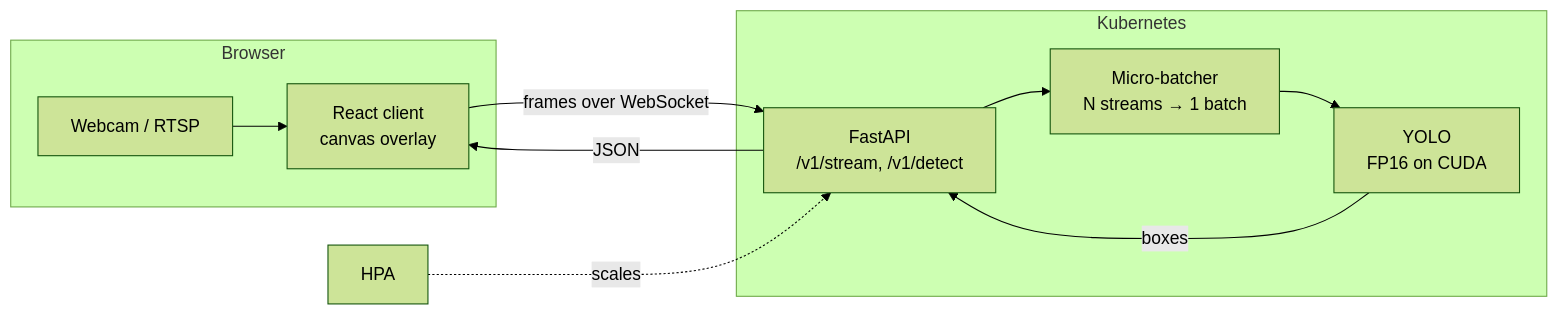
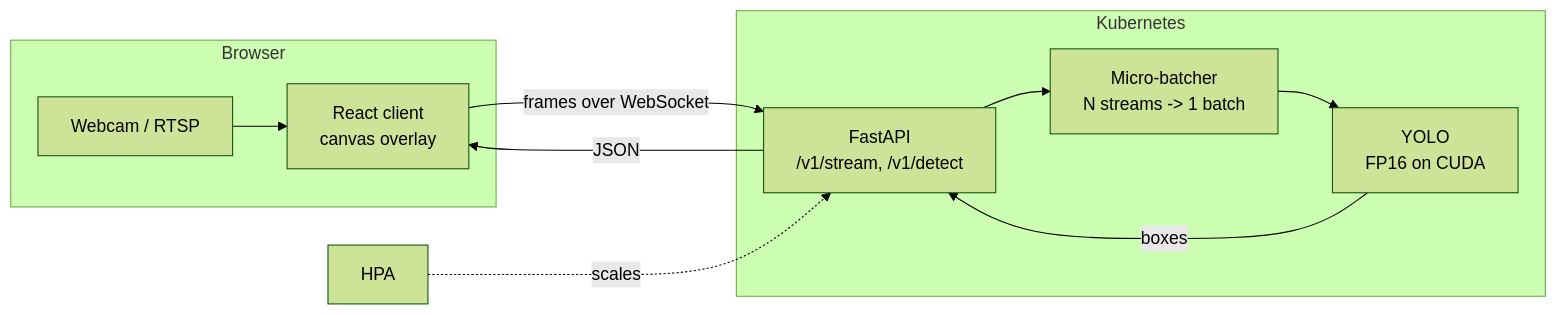
Before and after one commit to mohammadazam7/ai_multimodal_assistant: the diagram in README.md, drawn with Mermaid (forest theme). The commit also changed other lines of this file, not shown here.

````diff
--- a/README.md
+++ b/README.md
@@ -21,16 +21,16 @@
 ```mermaid
 flowchart LR
     subgraph Browser
       CAM[Webcam / RTSP] --> UI[React client<br/>canvas overlay]
     end
     UI -- frames over WebSocket --> API[FastAPI<br/>/v1/stream, /v1/detect]
-    API --> B[Micro-batcher<br/>N streams → 1 batch]
+    API --> B[Micro-batcher<br/>N streams -> 1 batch]
     B --> M[YOLO<br/>FP16 on CUDA]
     M -- boxes --> API -- JSON --> UI
     subgraph Kubernetes
       API
       B
       M
     end
     HPA[HPA] -. scales .-> API
 ```
````
